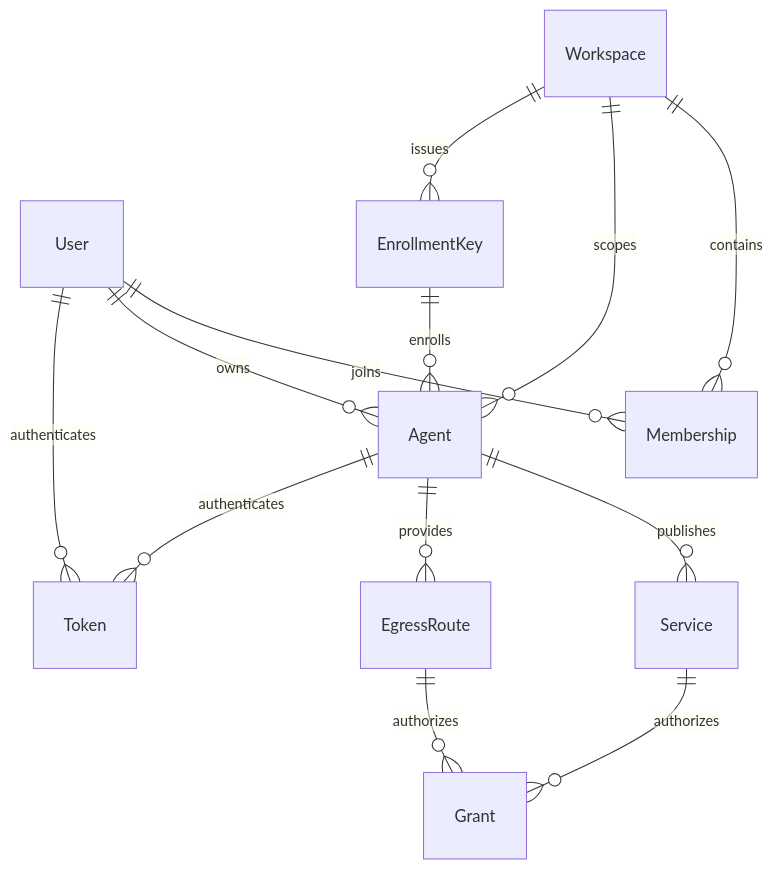
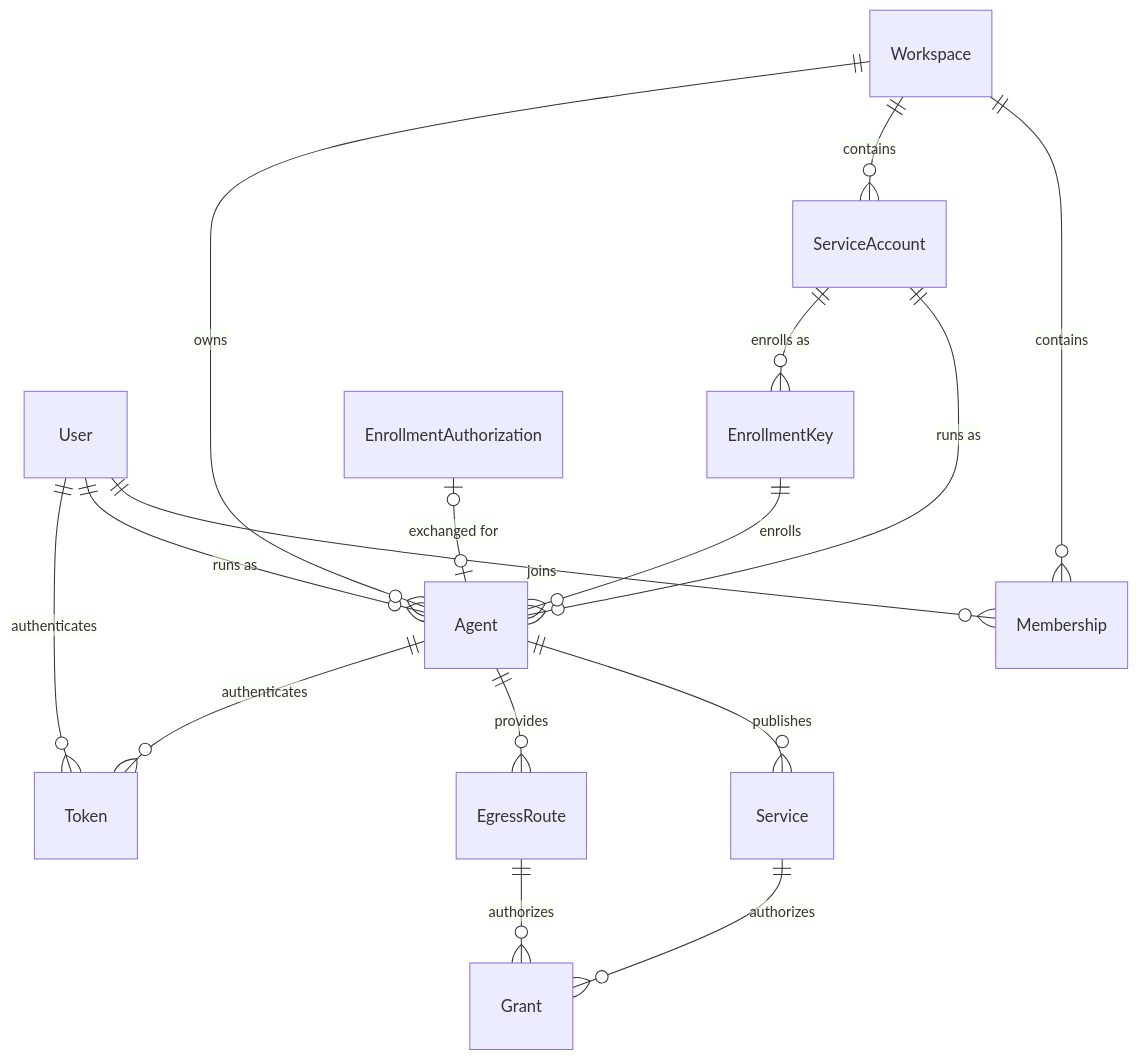
One commit to Bit-Precise/agents changed the first of 2 diagrams in docs/backend-implementation.md. Above: the diagram before and after it, drawn with Mermaid. The commit also changed other lines of this file and 78 other files, not shown here.

````diff
--- a/docs/backend-implementation.md
+++ b/docs/backend-implementation.md
@@ -26,15 +26,18 @@
 ```mermaid
 erDiagram
     User ||--o{ Membership : joins
     Workspace ||--o{ Membership : contains
-    User ||--o{ Agent : owns
-    Workspace ||--o{ Agent : scopes
-    Workspace ||--o{ EnrollmentKey : issues
+    Workspace ||--o{ ServiceAccount : contains
+    User ||--o{ Agent : "runs as"
+    ServiceAccount ||--o{ Agent : "runs as"
+    Workspace ||--o{ Agent : owns
+    ServiceAccount ||--o{ EnrollmentKey : "enrolls as"
     EnrollmentKey ||--o{ Agent : enrolls
+    EnrollmentAuthorization |o--o| Agent : "exchanged for"
     Agent ||--o{ Service : publishes
     Agent ||--o{ EgressRoute : provides
     Service ||--o{ Grant : authorizes
     EgressRoute ||--o{ Grant : authorizes
     Agent ||--o{ Token : authenticates
     User ||--o{ Token : authenticates
 ```
````
